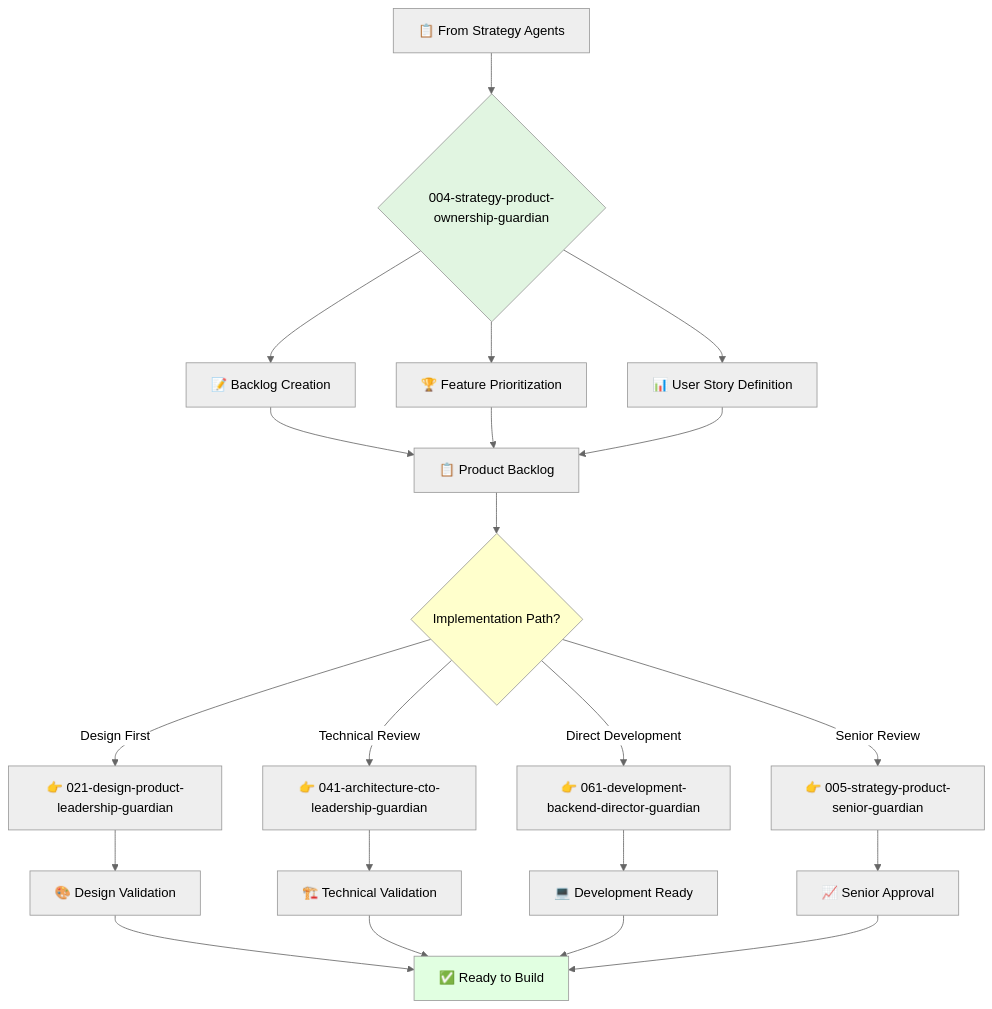
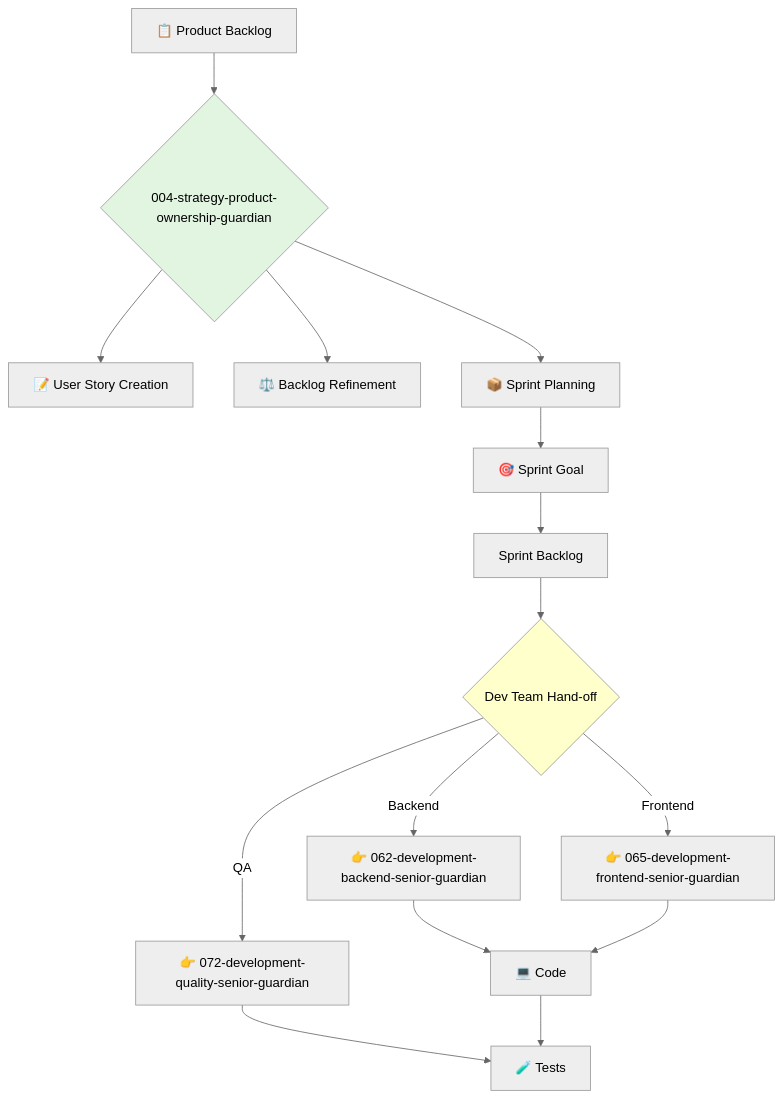
One commit to kairin/claude-guardian-agents changed the diagram in 1-product/1-product-management/2-product-ownership/004-strategy-product-ownership-guardian.md. Above: the diagram before and after it, drawn with Mermaid (neutral theme). The commit also changed other lines of this file and 42 other files, not shown here.

````diff
--- a/1-product/1-product-management/2-product-ownership/004-strategy-product-ownership-guardian.md
+++ b/1-product/1-product-management/2-product-ownership/004-strategy-product-ownership-guardian.md
@@ -57,31 +70,23 @@
 ```mermaid
 flowchart TD
-    A[📋 From Strategy Agents] --> B{004-strategy-product-ownership-guardian}
-    B --> C[📝 Backlog Creation]
-    B --> D[🏆 Feature Prioritization]
-    B --> E[📊 User Story Definition]
-    
-    C --> F[📋 Product Backlog]
-    D --> F
-    E --> F
-    
-    F --> G{Implementation Path?}
-    G -->|Design First| H[👉 021-design-product-leadership-guardian]
-    G -->|Technical Review| I[👉 041-architecture-cto-leadership-guardian]
-    G -->|Direct Development| J[👉 061-development-backend-director-guardian]
-    G -->|Senior Review| K[👉 005-strategy-product-senior-guardian]
-    
-    H --> L[🎨 Design Validation]
-    I --> M[🏗️ Technical Validation]
-    J --> N[💻 Development Ready]
-    K --> O[📈 Senior Approval]
-    
-    L --> P[✅ Ready to Build]
-    M --> P
-    N --> P
-    O --> P
-    
+    A[📋 Product Backlog] --> B{004-strategy-product-ownership-guardian}
+    B --> C[📝 User Story Creation]
+    B --> D[⚖️ Backlog Refinement]
+    B --> E[📦 Sprint Planning]
+
+    E --> F[🎯 Sprint Goal]
+    F --> G[Sprint Backlog]
+
+    G --> H{Dev Team Hand-off}
+    H -->|Backend| I[👉 062-development-backend-senior-guardian]
+    H -->|Frontend| J[👉 065-development-frontend-senior-guardian]
+    H -->|QA| K[👉 072-development-quality-senior-guardian]
+
+    I --> L[💻 Code]
+    J --> L
+    K --> M[🧪 Tests]
+    L --> M
+
     style B fill:#e1f5e1
-    style G fill:#ffffcc
-    style P fill:#e1ffe1
+    style H fill:#ffffcc
 ```
````
